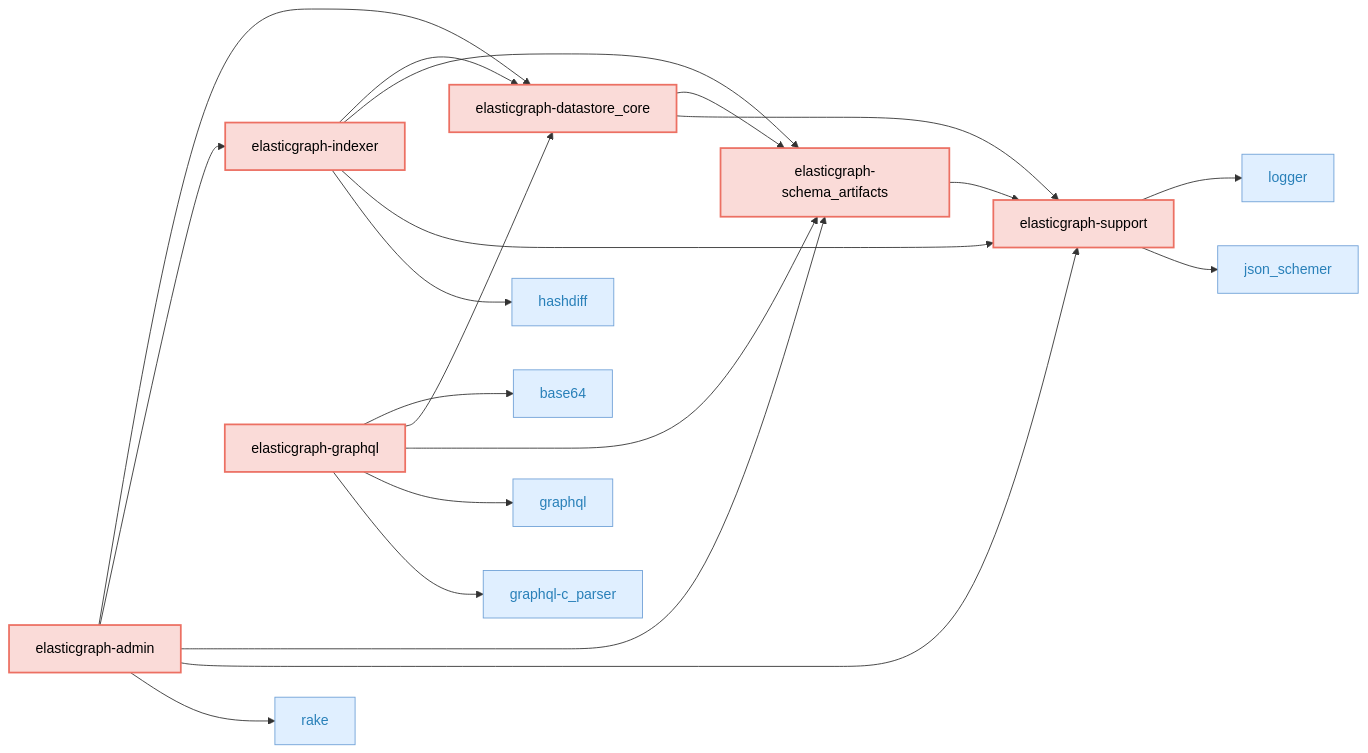
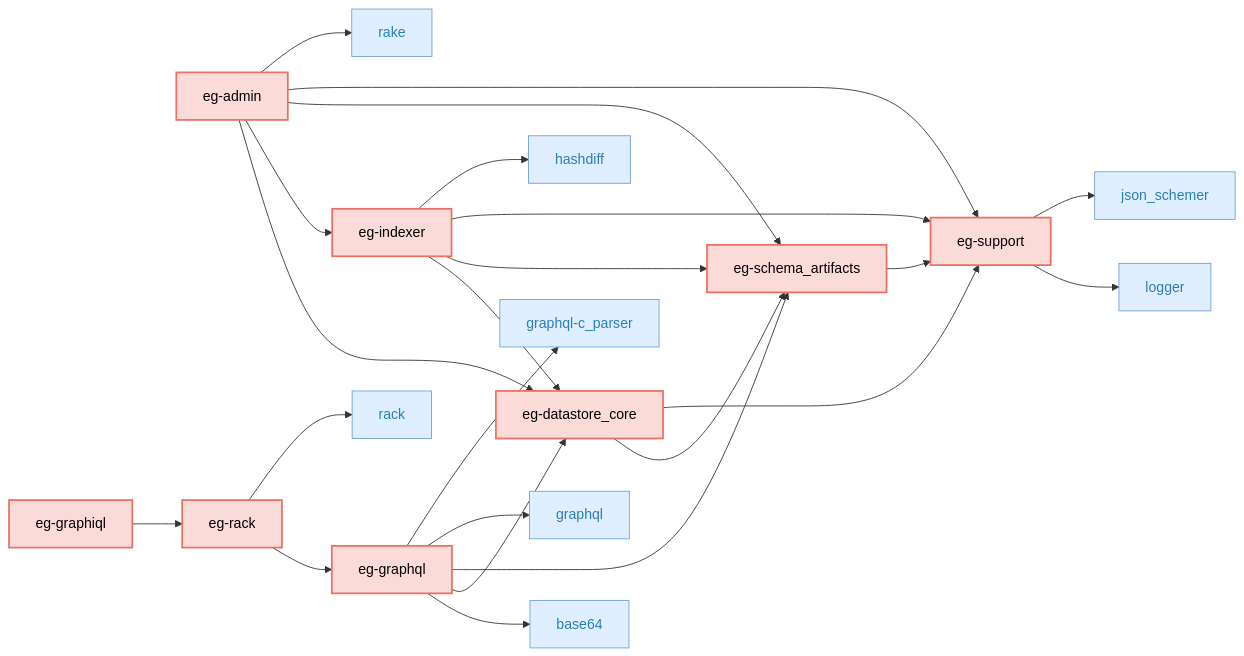
One commit to ciaran51/elasticgraph changed the first of 5 diagrams in CODEBASE_OVERVIEW.md. Above: the diagram before and after it, drawn with Mermaid. The commit also changed other lines of this file and 3 other files, not shown here.

````diff
--- a/CODEBASE_OVERVIEW.md
+++ b/CODEBASE_OVERVIEW.md
@@ -20,58 +22,68 @@
 ```mermaid
 graph LR;
     classDef targetGemStyle fill:#FADBD8,stroke:#EC7063,color:#000,stroke-width:2px;
     classDef otherEgGemStyle fill:#A9DFBF,stroke:#2ECC71,color:#000;
     classDef externalGemCatStyle fill:#E0EFFF,stroke:#70A1D7,color:#2980B9;
-    elasticgraph-admin["elasticgraph-admin"];
-    elasticgraph-datastore_core["elasticgraph-datastore_core"];
-    elasticgraph-indexer["elasticgraph-indexer"];
-    elasticgraph-schema_artifacts["elasticgraph-schema_artifacts"];
-    elasticgraph-support["elasticgraph-support"];
+    elasticgraph-admin["eg-admin"];
+    elasticgraph-datastore_core["eg-datastore_core"];
+    elasticgraph-indexer["eg-indexer"];
+    elasticgraph-schema_artifacts["eg-schema_artifacts"];
+    elasticgraph-support["eg-support"];
     rake["rake"];
-    elasticgraph-graphql["elasticgraph-graphql"];
+    elasticgraph-graphiql["eg-graphiql"];
+    elasticgraph-rack["eg-rack"];
+    elasticgraph-graphql["eg-graphql"];
     base64["base64"];
     graphql["graphql"];
     graphql-c_parser["graphql-c_parser"];
     hashdiff["hashdiff"];
+    rack["rack"];
     logger["logger"];
     json_schemer["json_schemer"];
     elasticgraph-admin --> elasticgraph-datastore_core;
     elasticgraph-admin --> elasticgraph-indexer;
     elasticgraph-admin --> elasticgraph-schema_artifacts;
     elasticgraph-admin --> elasticgraph-support;
     elasticgraph-admin --> rake;
     elasticgraph-datastore_core --> elasticgraph-schema_artifacts;
     elasticgraph-datastore_core --> elasticgraph-support;
+    elasticgraph-graphiql --> elasticgraph-rack;
     elasticgraph-graphql --> base64;
     elasticgraph-graphql --> elasticgraph-datastore_core;
     elasticgraph-graphql --> elasticgraph-schema_artifacts;
     elasticgraph-graphql --> graphql;
     elasticgraph-graphql --> graphql-c_parser;
     elasticgraph-indexer --> elasticgraph-datastore_core;
     elasticgraph-indexer --> elasticgraph-schema_artifacts;
     elasticgraph-indexer --> elasticgraph-support;
     elasticgraph-indexer --> hashdiff;
+    elasticgraph-rack --> elasticgraph-graphql;
+    elasticgraph-rack --> rack;
     elasticgraph-schema_artifacts --> elasticgraph-support;
     elasticgraph-support --> logger;
     elasticgraph-support --> json_schemer;
     class elasticgraph-admin targetGemStyle;
     class elasticgraph-datastore_core targetGemStyle;
     class elasticgraph-indexer targetGemStyle;
     class elasticgraph-schema_artifacts targetGemStyle;
     class elasticgraph-support targetGemStyle;
     class rake externalGemCatStyle;
+    class elasticgraph-graphiql targetGemStyle;
+    class elasticgraph-rack targetGemStyle;
     class elasticgraph-graphql targetGemStyle;
     class base64 externalGemCatStyle;
     class graphql externalGemCatStyle;
     class graphql-c_parser externalGemCatStyle;
     class hashdiff externalGemCatStyle;
+    class rack externalGemCatStyle;
     class logger externalGemCatStyle;
     class json_schemer externalGemCatStyle;
     click rake href "https://rubygems.org/gems/rake" "Open on RubyGems.org" _blank;
     click base64 href "https://rubygems.org/gems/base64" "Open on RubyGems.org" _blank;
     click graphql href "https://rubygems.org/gems/graphql" "Open on RubyGems.org" _blank;
     click graphql-c_parser href "https://rubygems.org/gems/graphql-c_parser" "Open on RubyGems.org" _blank;
     click hashdiff href "https://rubygems.org/gems/hashdiff" "Open on RubyGems.org" _blank;
+    click rack href "https://rubygems.org/gems/rack" "Open on RubyGems.org" _blank;
     click logger href "https://rubygems.org/gems/logger" "Open on RubyGems.org" _blank;
     click json_schemer href "https://rubygems.org/gems/json_schemer" "Open on RubyGems.org" _blank;
 ```
````
